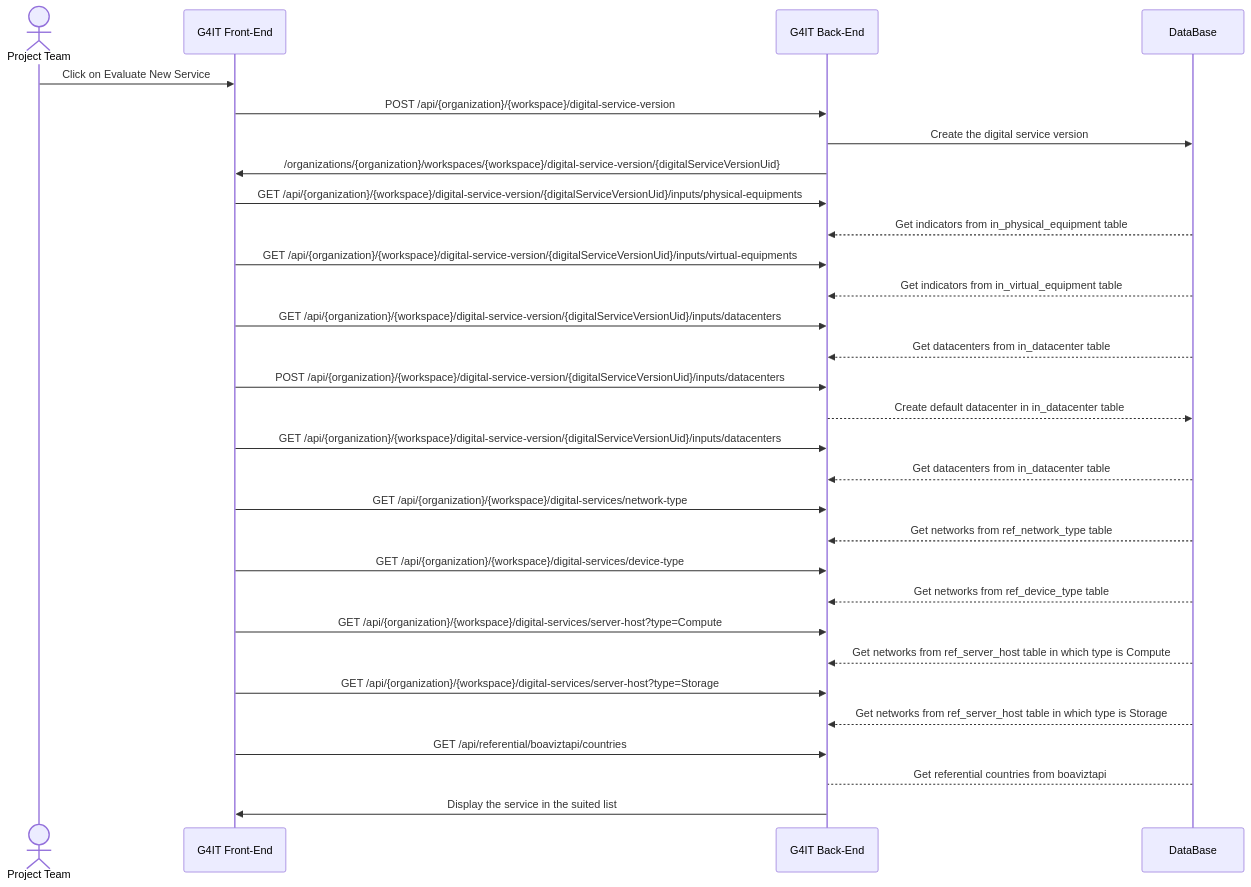
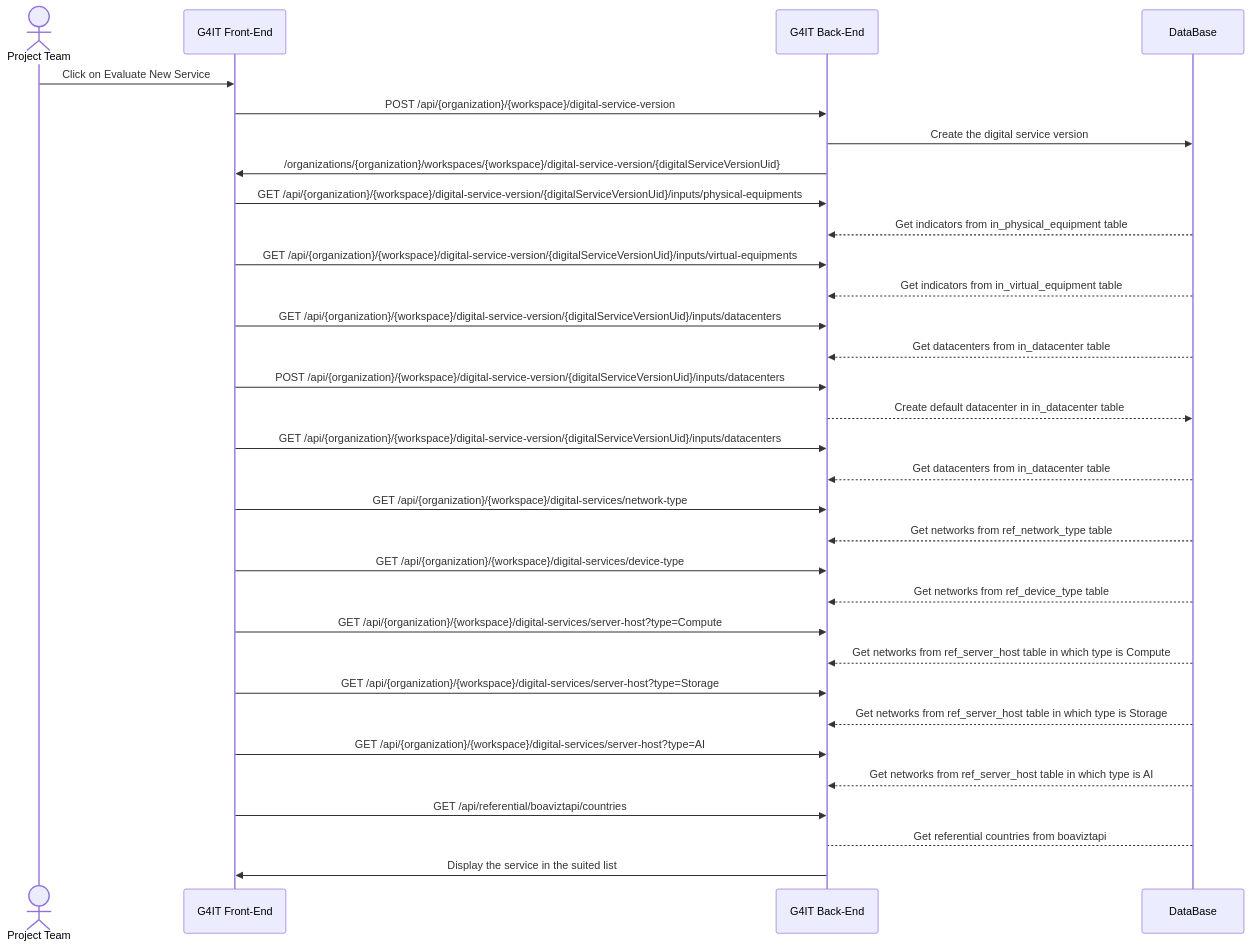
One commit to teamg4it/g4it changed the second of 2 diagrams in services/documentation/content/2-functional-documentation/use_cases/uc_digital_services/uc1_visualize_digital_services.md. Above: the diagram before and after it, drawn with Mermaid.

Commit message:
feat(2329): update api

```diff
--- a/services/documentation/content/2-functional-documentation/use_cases/uc_digital_services/uc1_visualize_digital_services.md
+++ b/services/documentation/content/2-functional-documentation/use_cases/uc_digital_services/uc1_visualize_digital_services.md
@@ -72,34 +72,36 @@
 {{< mermaid >}}
 sequenceDiagram
 actor RND as Project Team
 participant front as G4IT Front-End
 participant back as G4IT Back-End
 participant DataBase
 
 RND ->> front: Click on Evaluate New Service
 front ->> back: POST /api/{organization}/{workspace}/digital-service-version
 back ->> DataBase: Create the digital service version
 back ->> front: /organizations/{organization}/workspaces/{workspace}/digital-service-version/{digitalServiceVersionUid}
 front ->> back: GET /api/{organization}/{workspace}/digital-service-version/{digitalServiceVersionUid}/inputs/physical-equipments
 DataBase-->> back: Get indicators from in_physical_equipment table
 front ->> back: GET /api/{organization}/{workspace}/digital-service-version/{digitalServiceVersionUid}/inputs/virtual-equipments
 DataBase-->> back: Get indicators from in_virtual_equipment table
 front ->> back: GET /api/{organization}/{workspace}/digital-service-version/{digitalServiceVersionUid}/inputs/datacenters
 DataBase-->> back: Get datacenters from in_datacenter table
 front ->> back: POST /api/{organization}/{workspace}/digital-service-version/{digitalServiceVersionUid}/inputs/datacenters
 back -->> DataBase: Create default datacenter in in_datacenter table
 front ->> back: GET /api/{organization}/{workspace}/digital-service-version/{digitalServiceVersionUid}/inputs/datacenters
 DataBase-->> back: Get datacenters from in_datacenter table
 front ->> back: GET /api/{organization}/{workspace}/digital-services/network-type
 DataBase-->> back: Get networks from ref_network_type table
 front ->> back: GET /api/{organization}/{workspace}/digital-services/device-type
 DataBase-->> back: Get networks from ref_device_type table
 front ->> back: GET /api/{organization}/{workspace}/digital-services/server-host?type=Compute
 DataBase-->> back: Get networks from ref_server_host table in which type is Compute
 front ->> back: GET /api/{organization}/{workspace}/digital-services/server-host?type=Storage
 DataBase-->> back: Get networks from ref_server_host table in which type is Storage
+front ->> back: GET /api/{organization}/{workspace}/digital-services/server-host?type=AI
+DataBase-->> back: Get networks from ref_server_host table in which type is AI
 front ->> back: GET /api/referential/boaviztapi/countries
 DataBase --> back : Get referential countries from boaviztapi
 back ->> front: Display the service in the suited list
 
 {{< /mermaid >}}
```
